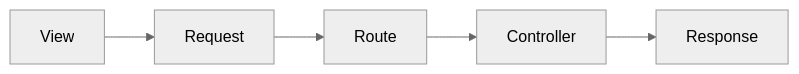
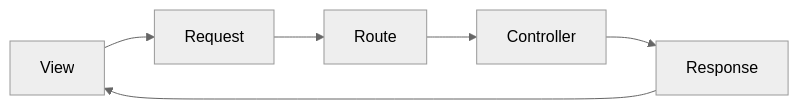
Before and after one commit to NirwanaAlabare/nds-docs: the diagram in docs/general/module-tracking.md, drawn with Mermaid (neutral theme). The commit also changed other lines of this file and 1 other file, not shown here.

````diff
--- a/docs/general/module-tracking.md
+++ b/docs/general/module-tracking.md
@@ -7,7 +7,8 @@
 ```mermaid
 graph LR;
     View-->Request;
     Request-->Route;
     Route-->Controller;
     Controller-->Response;
+    Response-->View;
 ```
````
